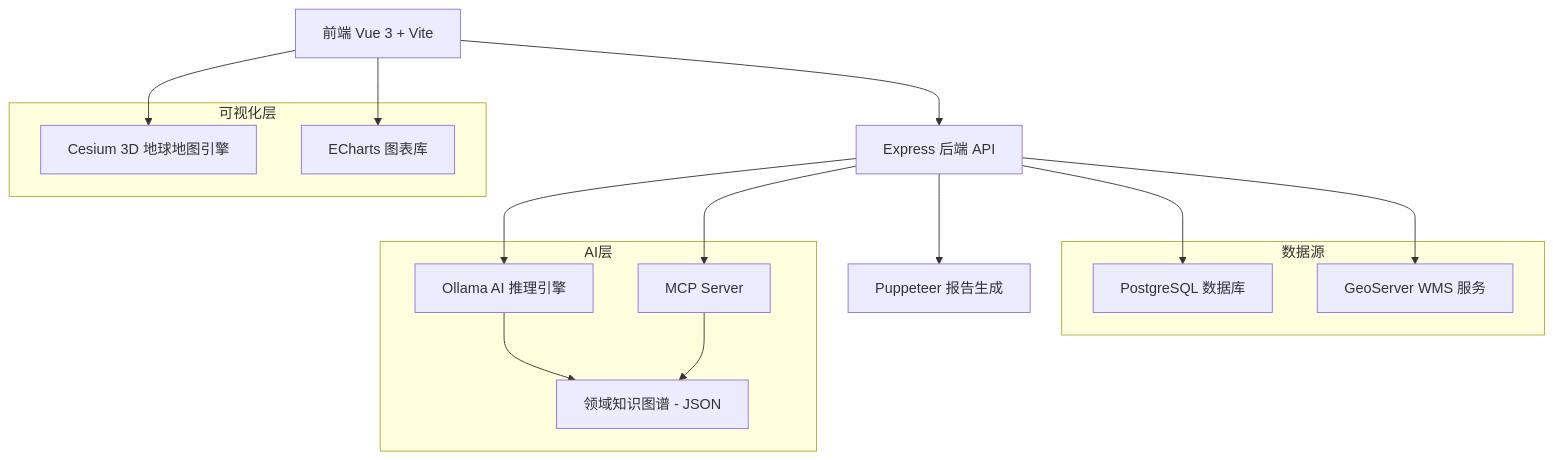
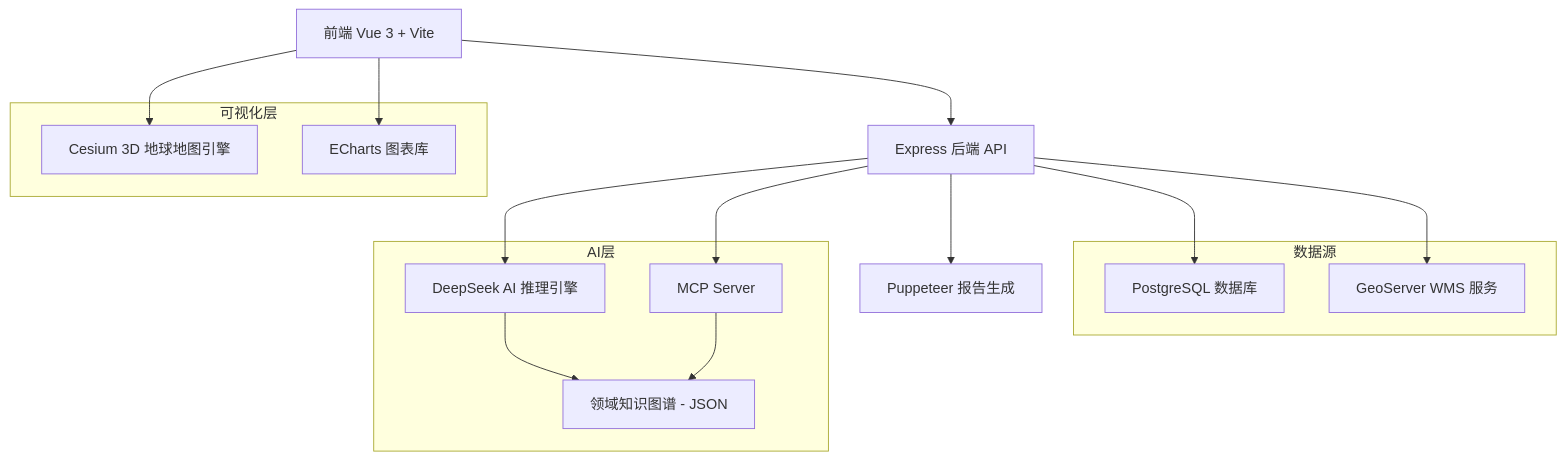
Before and after one commit to Regenerate334/www.yunnanlucc.xyz: the first of 2 diagrams in README.md, drawn with Mermaid. The commit also changed other lines of this file, not shown here.

````diff
--- a/README.md
+++ b/README.md
@@ -38,29 +38,29 @@
 ```mermaid
 graph TB
     A[前端 Vue 3 + Vite] --> B[Express 后端 API]
     B --> C[PostgreSQL 数据库]
     A --> D[Cesium 3D 地球地图引擎]
     A --> E[ECharts 图表库]
     B --> F[GeoServer WMS 服务]
-    B --> G[Ollama AI 推理引擎]
+    B --> G[DeepSeek AI 推理引擎]
     G --> H[领域知识图谱 - JSON]
     B --> I[Puppeteer 报告生成]
     B --> J[MCP Server]
     J --> H
     
     subgraph 数据源
         C
         F
     end
     
     subgraph 可视化层
         D
         E
     end
     
     subgraph AI层
         G
         H
         J
     end
 ```
````
